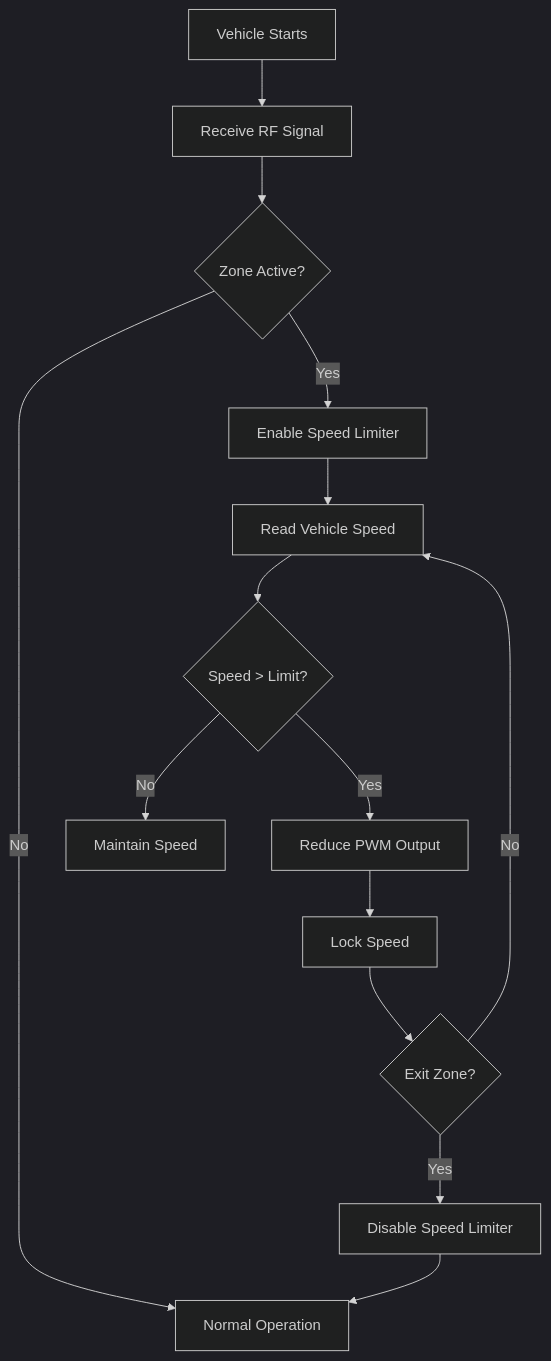
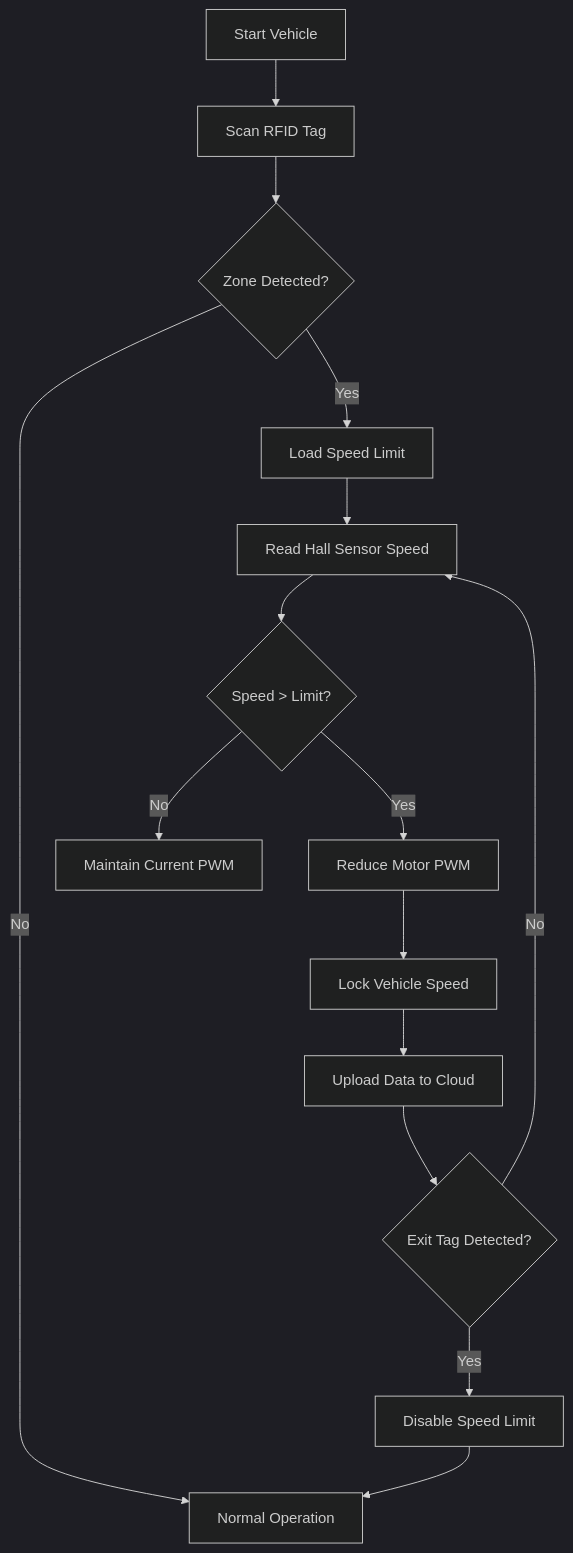
One commit to winsome-nandini/Automatic-Vehicle-Speed-Limiter-for-School-Hospital-Zones changed the second of 2 diagrams in README.md. Above: the diagram before and after it, drawn with Mermaid (dark theme). The commit also changed other lines of this file, not shown here.

````diff
--- a/README.md
+++ b/README.md
@@ -52,29 +61,32 @@
 ```mermaid
 flowchart TD
 
-A[Vehicle Starts] --> B[Receive RF Signal]
+A[Start Vehicle]
+--> B[Scan RFID Tag]
 
-B --> C{Zone Active?}
+B --> C{Zone Detected?}
 
 C -->|No| D[Normal Operation]
 
-C -->|Yes| E[Enable Speed Limiter]
+C -->|Yes| E[Load Speed Limit]
 
-E --> F[Read Vehicle Speed]
+E --> F[Read Hall Sensor Speed]
 
 F --> G{Speed > Limit?}
 
-G -->|No| H[Maintain Speed]
+G -->|No| H[Maintain Current PWM]
 
-G -->|Yes| I[Reduce PWM Output]
+G -->|Yes| I[Reduce Motor PWM]
 
-I --> J[Lock Speed]
+I --> J[Lock Vehicle Speed]
 
-J --> K{Exit Zone?}
+J --> K[Upload Data to Cloud]
 
-K -->|No| F
+K --> L{Exit Tag Detected?}
 
-K -->|Yes| L[Disable Speed Limiter]
+L -->|No| F
 
-L --> D
+L -->|Yes| M[Disable Speed Limit]
+
+M --> D
 ```
````
